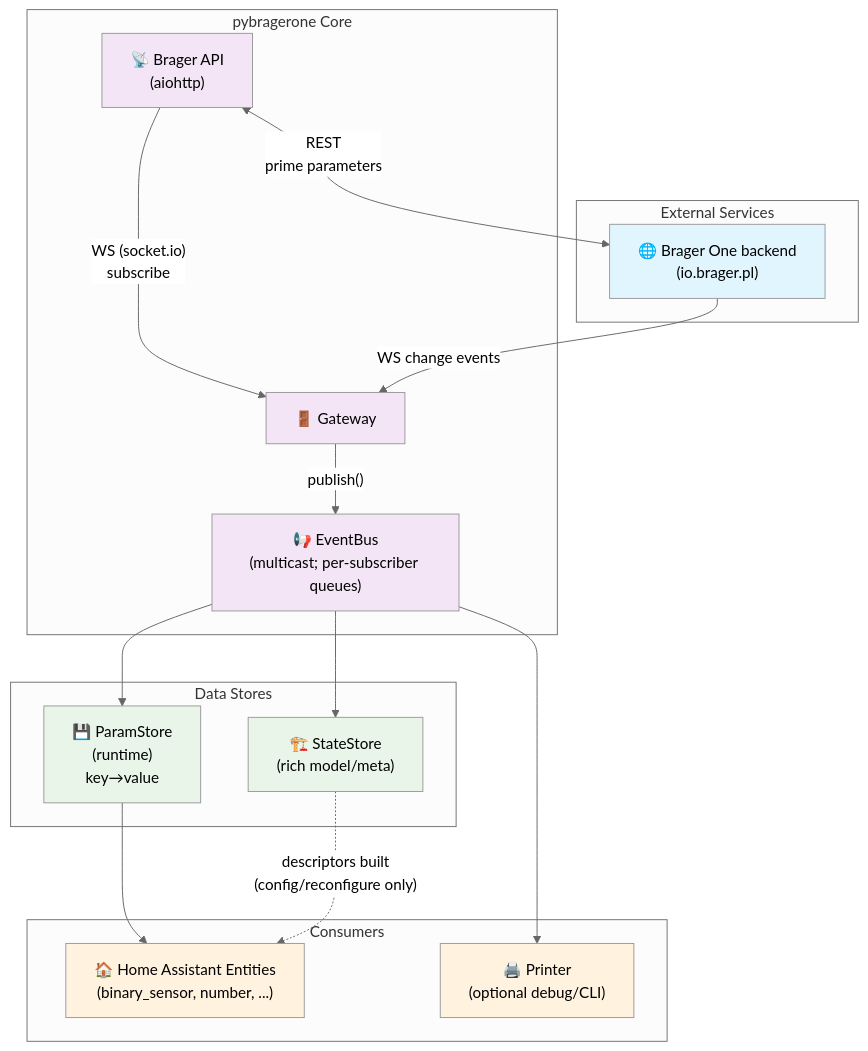
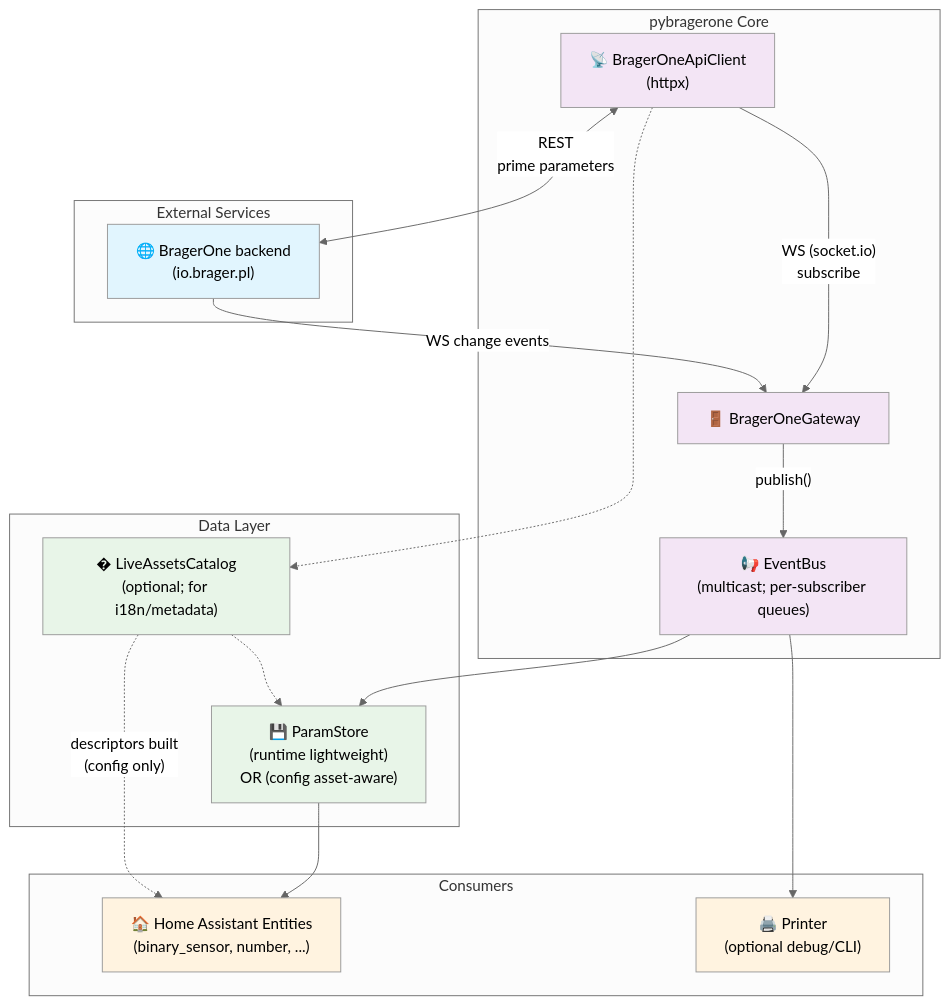
One commit to marpi82/py-bragerone changed the diagram in docs/pybragerone_integration_notes.rst. Above: the diagram before and after it, drawn with Mermaid (neutral theme). The commit also changed other lines of this file and 30 other files, not shown here.

```diff
--- a/docs/pybragerone_integration_notes.rst
+++ b/docs/pybragerone_integration_notes.rst
@@ -35,48 +35,51 @@
 .. mermaid::
 
    graph TB
        subgraph "External Services"
-           Backend["🌐 Brager One backend<br/>(io.brager.pl)"]
+           Backend["🌐 BragerOne backend<br/>(io.brager.pl)"]
        end
 
        subgraph "pybragerone Core"
-           API["📡 Brager API<br/>(aiohttp)"]
-           Gateway["🚪 Gateway"]
+           API["📡 BragerOneApiClient<br/>(httpx)"]
+           Gateway["🚪 BragerOneGateway"]
            Bus["📢 EventBus<br/>(multicast; per-subscriber queues)"]
        end
 
-       subgraph "Data Stores"
-           ParamStore["💾 ParamStore<br/>(runtime)<br/>key→value"]
-           StateStore["🏗️ StateStore<br/>(rich model/meta)"]
+       subgraph "Data Layer"
+           ParamStore["💾 ParamStore<br/>(runtime lightweight)<br/>OR (config asset-aware)"]
+           Catalog["�️ LiveAssetsCatalog<br/>(optional; for i18n/metadata)"]
        end
 
        subgraph "Consumers"
            HA["🏠 Home Assistant Entities<br/>(binary_sensor, number, ...)"]
            Printer["🖨️ Printer<br/>(optional debug/CLI)"]
        end
 
        %% Main data flow
        API <-->|"REST<br/>prime parameters"| Backend
        API -->|"WS (socket.io)<br/>subscribe"| Gateway
        Backend -->|"WS change events"| Gateway
        Gateway -->|"publish()"| Bus
 
        %% Store connections
        Bus --> ParamStore
-       Bus --> StateStore
        Bus --> Printer
+
+       %% Asset catalog (optional)
+       API -.-> Catalog
+       Catalog -.-> ParamStore
 
        %% HA integration
        ParamStore --> HA
-       StateStore -.->|"descriptors built<br/>(config/reconfigure only)"| HA
+       Catalog -.->|"descriptors built<br/>(config only)"| HA
 
        %% Styling
        classDef external fill:#e1f5fe
        classDef core fill:#f3e5f5
        classDef store fill:#e8f5e8
        classDef consumer fill:#fff3e0
 
        class Backend external
        class API,Gateway,Bus core
-       class ParamStore,StateStore store
+       class ParamStore,Catalog store
        class HA,Printer consumer
```
